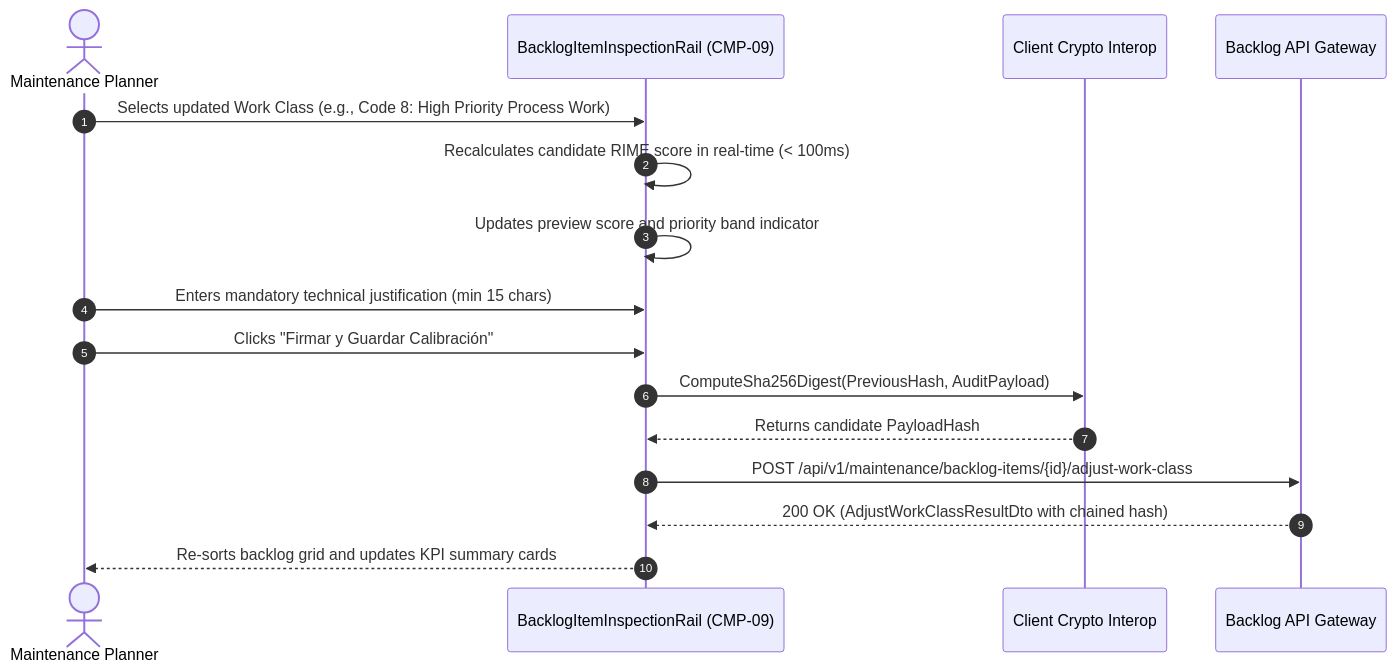
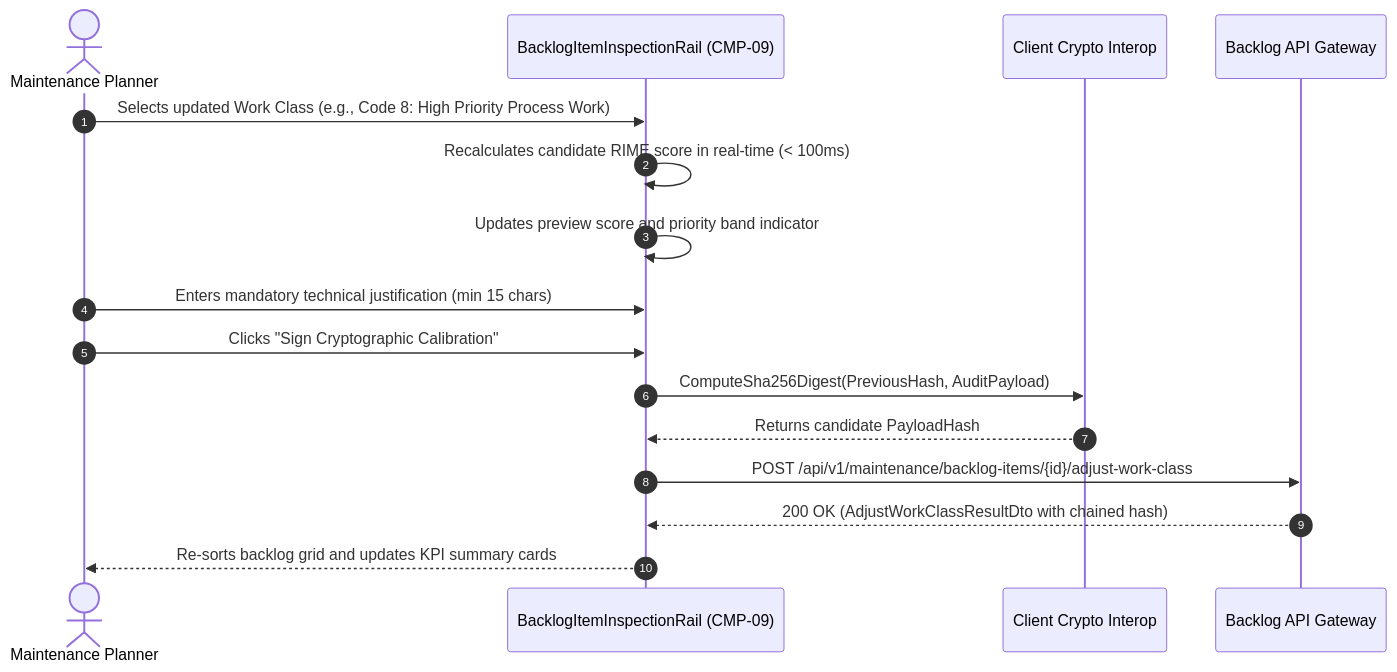
The second of 2 diagrams in ui-ux/screens/mtto/SCR-MTTO-026.md (Novav20/adso-dteam-docs), drawn with Mermaid before and after one commit. The commit also changed other lines of this file and 1 other file, not shown here.

Commit message:
docs(mtto): sync SCR-MTTO-026 spec with persistent right dock architecture

````diff
--- a/ui-ux/screens/mtto/SCR-MTTO-026.md
+++ b/ui-ux/screens/mtto/SCR-MTTO-026.md
@@ -140,19 +143,19 @@
 ```mermaid
 sequenceDiagram
     autonumber
     actor Planner as Maintenance Planner
     participant Rail as BacklogItemInspectionRail (CMP-09)
     participant Interop as Client Crypto Interop
     participant API as Backlog API Gateway
 
     Planner->>Rail: Selects updated Work Class (e.g., Code 8: High Priority Process Work)
     Rail->>Rail: Recalculates candidate RIME score in real-time (< 100ms)
     Rail->>Rail: Updates preview score and priority band indicator
     Planner->>Rail: Enters mandatory technical justification (min 15 chars)
-    Planner->>Rail: Clicks "Firmar y Guardar Calibración"
+    Planner->>Rail: Clicks "Sign Cryptographic Calibration"
     Rail->>Interop: ComputeSha256Digest(PreviousHash, AuditPayload)
     Interop-->>Rail: Returns candidate PayloadHash
     Rail->>API: POST /api/v1/maintenance/backlog-items/{id}/adjust-work-class
     API-->>Rail: 200 OK (AdjustWorkClassResultDto with chained hash)
     Rail-->>Planner: Re-sorts backlog grid and updates KPI summary cards
 ```
````
